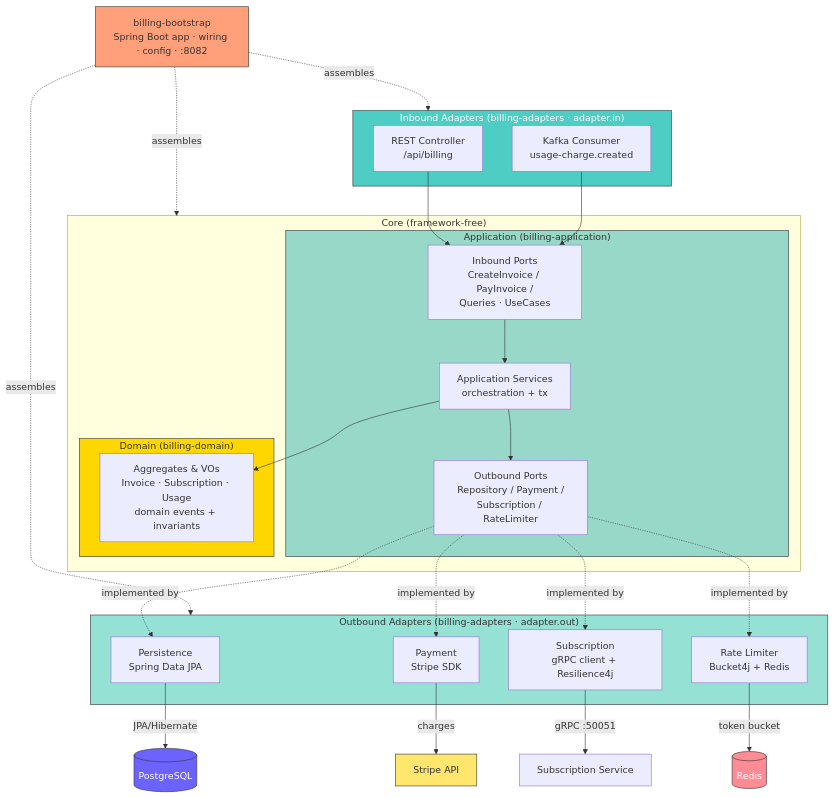
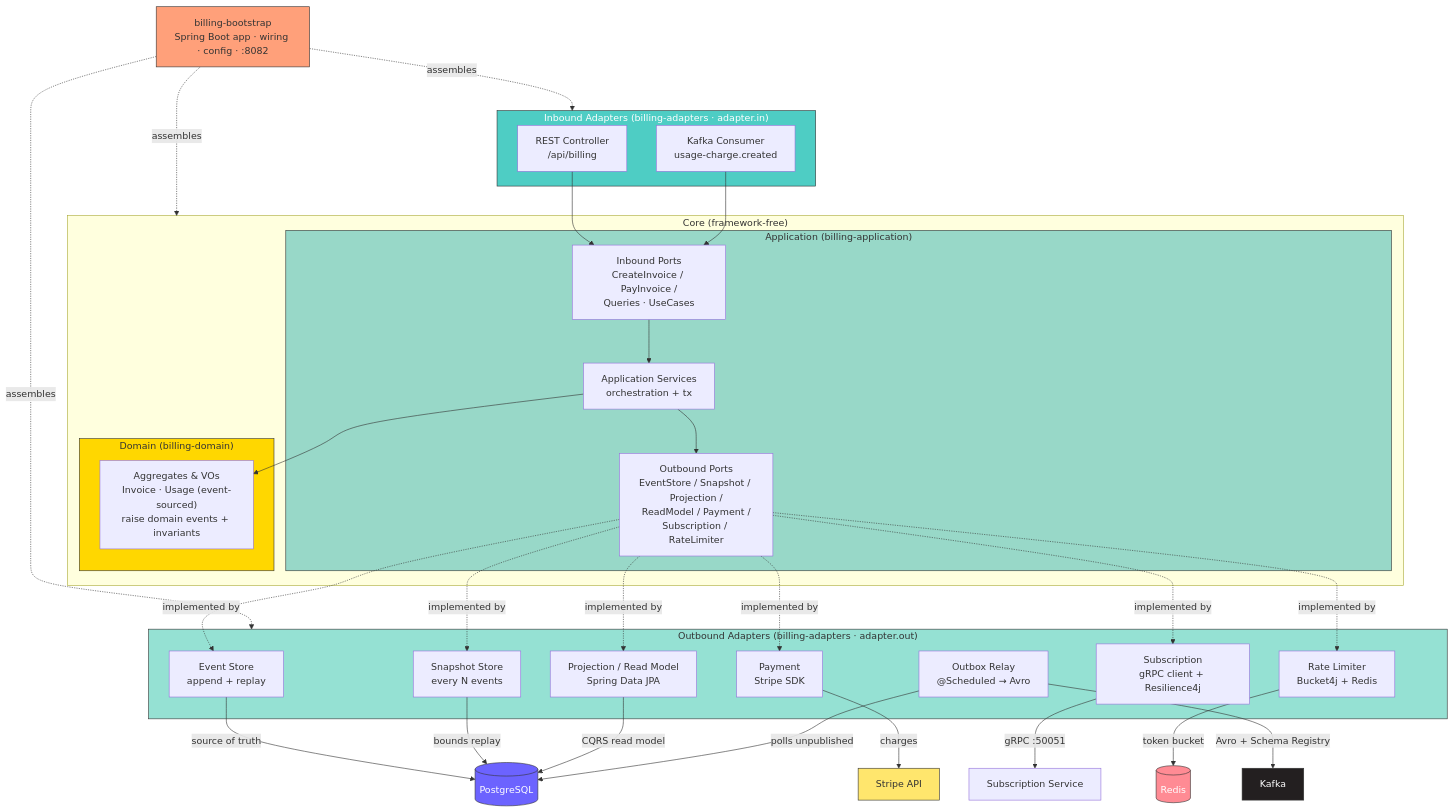
Before and after one commit to huzaifa678/billing-service: the first of 2 diagrams in README.md, drawn with Mermaid. The commit also changed other lines of this file, not shown here.

Commit message:
documented invoice and usage-charge event sourcing

````diff
--- a/README.md
+++ b/README.md
@@ -15,54 +15,64 @@
 ```mermaid
 graph TD
     subgraph Driving["Inbound Adapters (billing-adapters · adapter.in)"]
         REST["REST Controller<br/>/api/billing"]
         KafkaIn["Kafka Consumer<br/>usage-charge.created"]
     end
 
     subgraph Core["Core (framework-free)"]
         subgraph App["Application (billing-application)"]
             InPorts["Inbound Ports<br/>CreateInvoice / PayInvoice /<br/>Queries · UseCases"]
             Services["Application Services<br/>orchestration + tx"]
-            OutPorts["Outbound Ports<br/>Repository / Payment /<br/>Subscription / RateLimiter"]
+            OutPorts["Outbound Ports<br/>EventStore / Snapshot / Projection /<br/>ReadModel / Payment /<br/>Subscription / RateLimiter"]
         end
         subgraph Domain["Domain (billing-domain)"]
-            Model["Aggregates & VOs<br/>Invoice · Subscription · Usage<br/>domain events + invariants"]
+            Model["Aggregates & VOs<br/>Invoice · Usage (event-sourced)<br/>raise domain events + invariants"]
         end
     end
 
     subgraph Driven["Outbound Adapters (billing-adapters · adapter.out)"]
-        Persistence["Persistence<br/>Spring Data JPA"]
+        EventStore["Event Store<br/>append + replay"]
+        Snapshot["Snapshot Store<br/>every N events"]
+        Projection["Projection / Read Model<br/>Spring Data JPA"]
+        Relay["Outbox Relay<br/>@Scheduled → Avro"]
         Payment["Payment<br/>Stripe SDK"]
         SubGrpc["Subscription<br/>gRPC client + Resilience4j"]
         RateLimit["Rate Limiter<br/>Bucket4j + Redis"]
     end
 
     REST --> InPorts
     KafkaIn --> InPorts
     InPorts --> Services
     Services --> Model
     Services --> OutPorts
 
-    OutPorts -. implemented by .-> Persistence
+    OutPorts -. implemented by .-> EventStore
+    OutPorts -. implemented by .-> Snapshot
+    OutPorts -. implemented by .-> Projection
     OutPorts -. implemented by .-> Payment
     OutPorts -. implemented by .-> SubGrpc
     OutPorts -. implemented by .-> RateLimit
 
-    Persistence -->|JPA/Hibernate| PG[("PostgreSQL")]
+    EventStore -->|source of truth| PG[("PostgreSQL")]
+    Snapshot -->|bounds replay| PG
+    Projection -->|CQRS read model| PG
+    Relay -->|polls unpublished| PG
+    Relay -->|Avro + Schema Registry| Kafka["Kafka"]
     Payment -->|charges| Stripe["Stripe API"]
     SubGrpc -->|gRPC :50051| SubSvc["Subscription Service"]
     RateLimit -->|token bucket| Redis[("Redis")]
 
     Boot["billing-bootstrap<br/>Spring Boot app · wiring · config · :8082"] -.->|assembles| Core
     Boot -.->|assembles| Driving
     Boot -.->|assembles| Driven
 
     style Domain fill:#FFD700,stroke:#333,color:#333
     style App fill:#98D8C8,stroke:#333,color:#333
     style Driving fill:#4ECDC4,stroke:#333,color:#fff
     style Driven fill:#95E1D3,stroke:#333,color:#333
     style Boot fill:#FFA07A,stroke:#333,color:#333
     style PG fill:#6C63FF,stroke:#333,color:#fff
     style Redis fill:#FF8B94,stroke:#333,color:#fff
     style Stripe fill:#FFE66D,stroke:#333,color:#333
+    style Kafka fill:#231F20,stroke:#333,color:#fff
 ```
````
